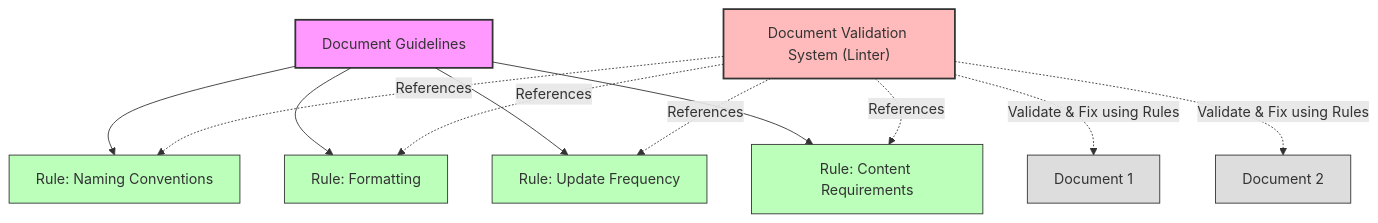
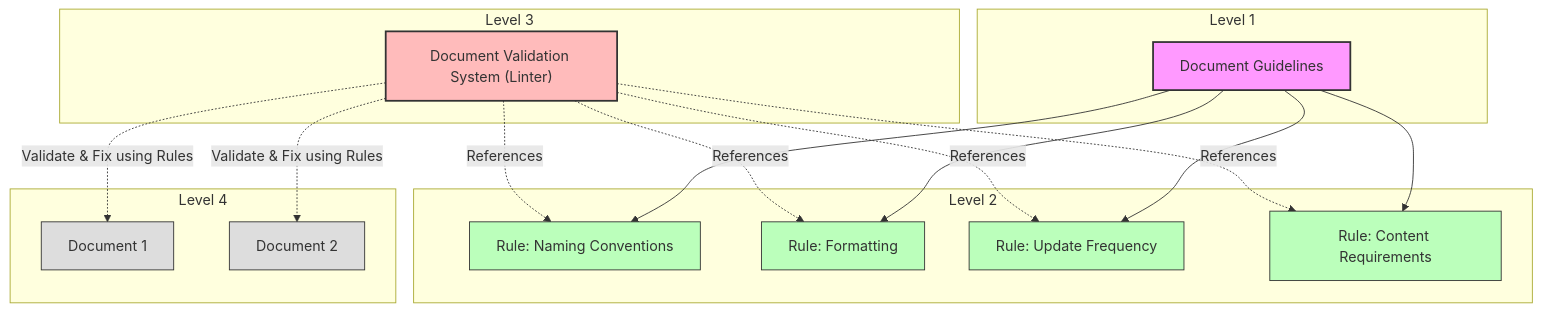
One commit to ToyB0x/ai-coding-rules changed the first of 2 diagrams in README.md. Above: the diagram before and after it, drawn with Mermaid. The commit also changed 1 other file, not shown here.

Commit message:
docs: update mermaid diagrams for improved structure and clarity in guidelines

````diff
--- a/README.md
+++ b/README.md
@@ -7,24 +7,44 @@
 ```mermaid
-graph TD
-  A["Document Guidelines"] --> C1["Rule: Naming Conventions"]
-  A --> C2["Rule: Formatting"]
-  A --> C3["Rule: Update Frequency"]
-  A --> C4["Rule: Content Requirements"]
+graph TB
+  subgraph Level1["Level 1"]
+    A["Document Guidelines"]
+  end
   
-  D["Document Validation System (Linter)"] -.-> |"References"| C1
+  subgraph Level2["Level 2"]
+    C1["Rule: Naming Conventions"]
+    C2["Rule: Formatting"]
+    C3["Rule: Update Frequency"]
+    C4["Rule: Content Requirements"]
+  end
+  
+  subgraph Level3["Level 3"]
+    D["Document Validation System (Linter)"]
+  end
+  
+  subgraph Level4["Level 4"]
+    E1["Document 1"]
+    E2["Document 2"]
+  end
+  
+  A --> C1
+  A --> C2
+  A --> C3
+  A --> C4
+  
+  D -.-> |"References"| C1
   D -.-> |"References"| C2
   D -.-> |"References"| C3
   D -.-> |"References"| C4
   
-  D -.-> |"Validate & Fix using Rules"| E1["Document 1"]
-  D -.-> |"Validate & Fix using Rules"| E2["Document 2"]
+  D -.-> |"Validate & Fix using Rules"| E1
+  D -.-> |"Validate & Fix using Rules"| E2
   
   style A fill:#f9f,stroke:#333,stroke-width:2px
   style C1 fill:#bfb,stroke:#333,stroke-width:1px
   style C2 fill:#bfb,stroke:#333,stroke-width:1px
   style C3 fill:#bfb,stroke:#333,stroke-width:1px
   style C4 fill:#bfb,stroke:#333,stroke-width:1px
   style D fill:#fbb,stroke:#333,stroke-width:2px
   style E1 fill:#ddd,stroke:#333,stroke-width:1px
   style E2 fill:#ddd,stroke:#333,stroke-width:1px
 ```
````
